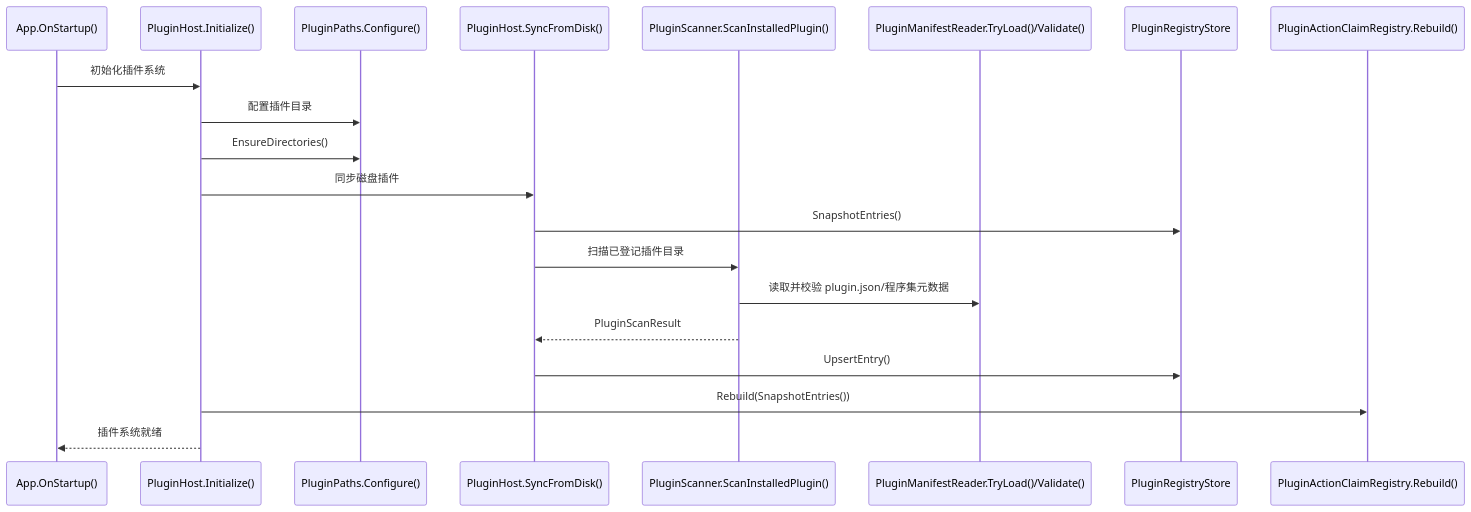
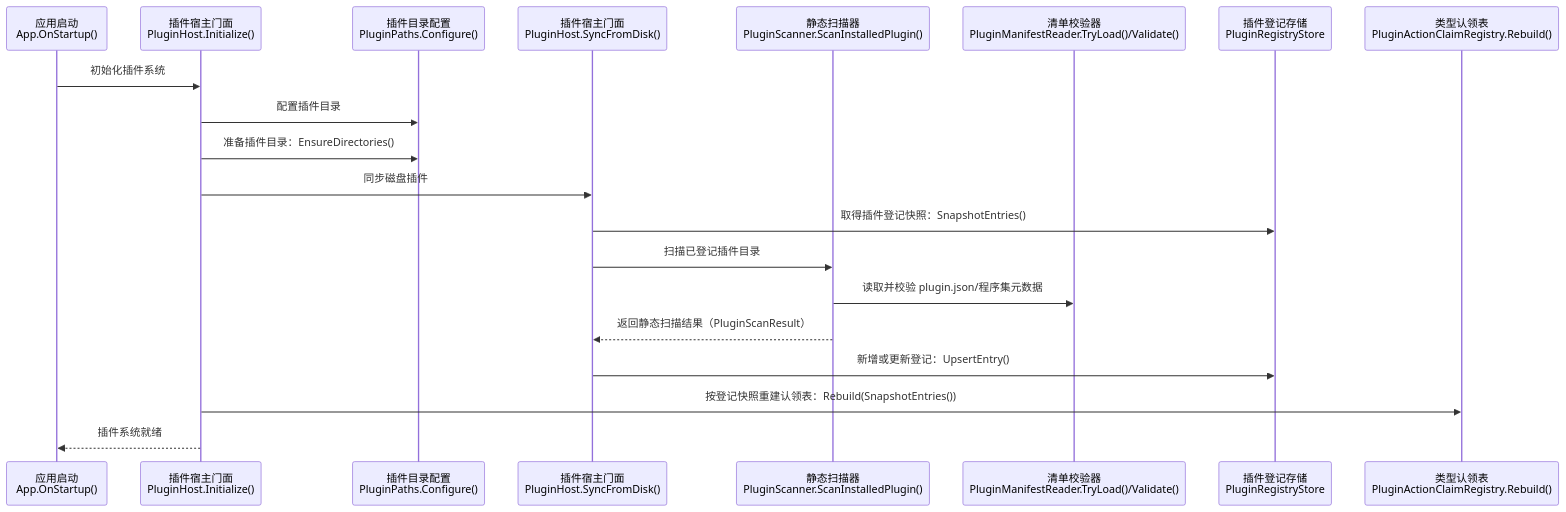
The third of 19 diagrams in plugin/docs/plugin-system-architecture-map.md (Masskii/StarPie), drawn with Mermaid before and after one commit. The commit also changed other lines of this file and 6 other files, not shown here.

````diff
--- a/plugin/docs/plugin-system-architecture-map.md
+++ b/plugin/docs/plugin-system-architecture-map.md
@@ -308,23 +356,23 @@
 ```mermaid
 sequenceDiagram
-    participant APP as App.OnStartup()
-    participant HOST as PluginHost.Initialize()
-    participant PATHS as PluginPaths.Configure()
-    participant SYNC as PluginHost.SyncFromDisk()
-    participant SCAN as PluginScanner.ScanInstalledPlugin()
-    participant MANIFEST as PluginManifestReader.TryLoad()/Validate()
-    participant STORE as PluginRegistryStore
-    participant CLAIM as PluginActionClaimRegistry.Rebuild()
+    participant APP as 应用启动<br/>App.OnStartup()
+    participant HOST as 插件宿主门面<br/>PluginHost.Initialize()
+    participant PATHS as 插件目录配置<br/>PluginPaths.Configure()
+    participant SYNC as 插件宿主门面<br/>PluginHost.SyncFromDisk()
+    participant SCAN as 静态扫描器<br/>PluginScanner.ScanInstalledPlugin()
+    participant MANIFEST as 清单校验器<br/>PluginManifestReader.TryLoad()/Validate()
+    participant STORE as 插件登记存储<br/>PluginRegistryStore
+    participant CLAIM as 类型认领表<br/>PluginActionClaimRegistry.Rebuild()
 
     APP->>HOST: 初始化插件系统
     HOST->>PATHS: 配置插件目录
-    HOST->>PATHS: EnsureDirectories()
+    HOST->>PATHS: 准备插件目录：EnsureDirectories()
     HOST->>SYNC: 同步磁盘插件
-    SYNC->>STORE: SnapshotEntries()
+    SYNC->>STORE: 取得插件登记快照：SnapshotEntries()
     SYNC->>SCAN: 扫描已登记插件目录
     SCAN->>MANIFEST: 读取并校验 plugin.json/程序集元数据
-    SCAN-->>SYNC: PluginScanResult
-    SYNC->>STORE: UpsertEntry()
-    HOST->>CLAIM: Rebuild(SnapshotEntries())
+    SCAN-->>SYNC: 返回静态扫描结果（PluginScanResult）
+    SYNC->>STORE: 新增或更新登记：UpsertEntry()
+    HOST->>CLAIM: 按登记快照重建认领表：Rebuild(SnapshotEntries())
     HOST-->>APP: 插件系统就绪
 ```
````
